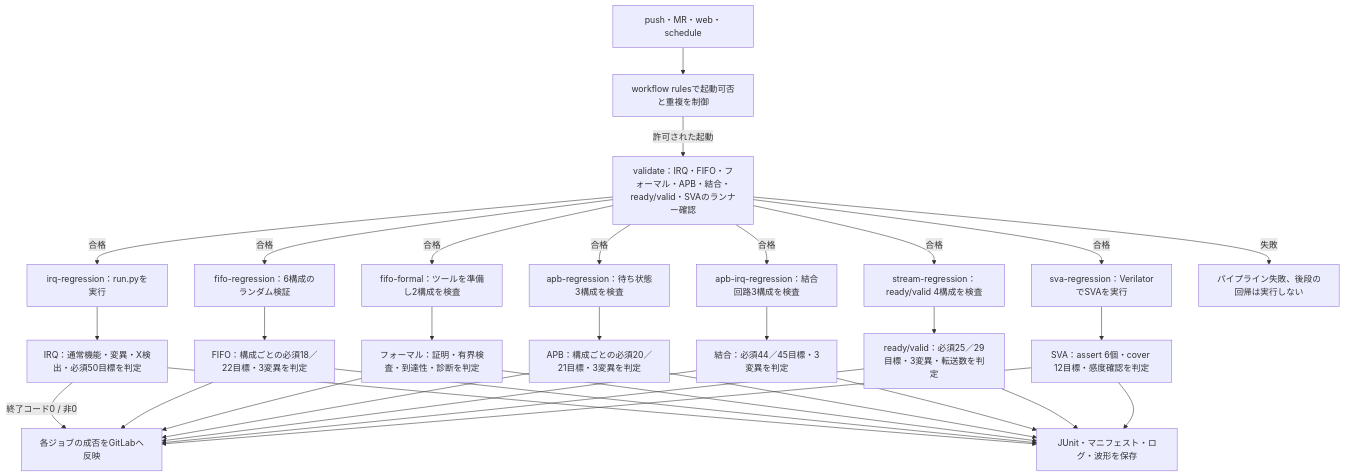
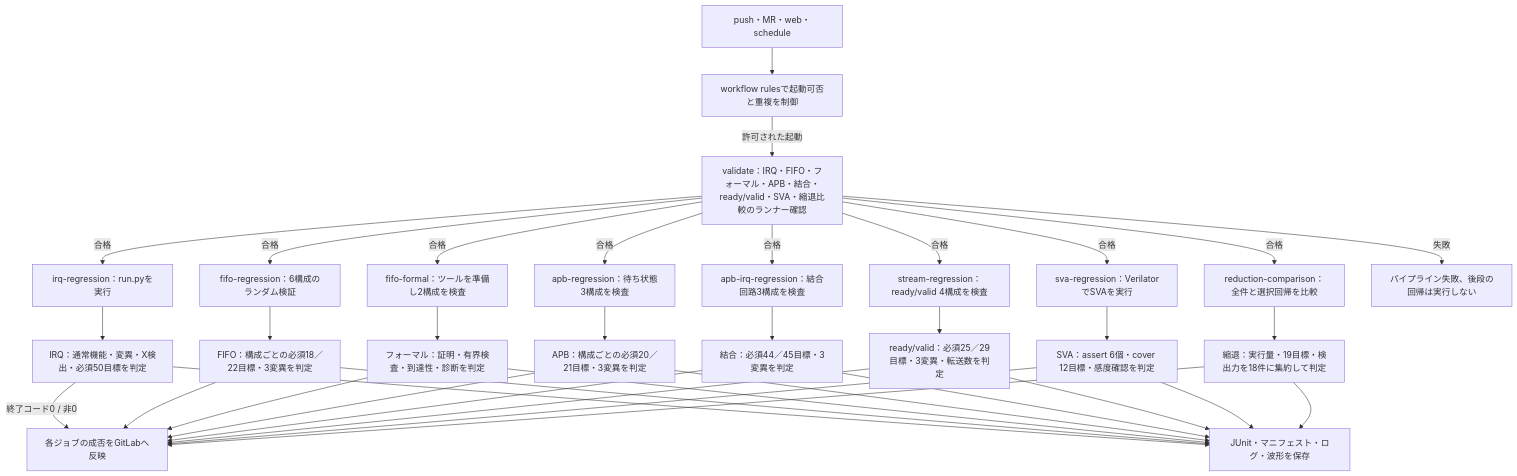
The diagram in examples/gitlab-regression/README.md (kurochan001/lsi-verification-method), drawn with Mermaid before and after one commit. The commit also changed other lines of this file and 15 other files, not shown here.

Commit message:
feat: add regression reduction comparison and GitLab CI

````diff
--- a/examples/gitlab-regression/README.md
+++ b/examples/gitlab-regression/README.md
@@ -78,36 +78,40 @@
 ```mermaid
 flowchart TD
-  accTitle: 七つの検証例を実行するGitLabパイプライン
-  accDescr: workflowが許可した起動で七種類のランナー確認を行い、成功後にIRQ、FIFO六構成、フォーマル二構成、APB三構成とAPB・割込み結合三構成、ready/valid四構成、SVA一構成を実行して結果と証跡を保存する。
+  accTitle: 八つの検証例を実行するGitLabパイプライン
+  accDescr: workflowが許可した起動で八種類のランナー確認を行い、成功後にIRQ、FIFO六構成、フォーマル二構成、APB三構成とAPB・割込み結合三構成、ready/valid四構成、SVA一構成と縮退比較を実行して結果と証跡を保存する。
   T["push・MR・web・schedule"] --> W["workflow rulesで起動可否と重複を制御"]
-  W -- "許可された起動" --> V["validate：IRQ・FIFO・フォーマル・APB・結合・ready/valid・SVAのランナー確認"]
+  W -- "許可された起動" --> V["validate：IRQ・FIFO・フォーマル・APB・結合・ready/valid・SVA・縮退比較のランナー確認"]
   V -- "合格" --> R["irq-regression：run.pyを実行"]
   V -- "合格" --> Q["fifo-regression：6構成のランダム検証"]
   V -- "合格" --> M["fifo-formal：ツールを準備し2構成を検査"]
   V -- "合格" --> B["apb-regression：待ち状態3構成を検査"]
   V -- "合格" --> BI["apb-irq-regression：結合回路3構成を検査"]
   V -- "合格" --> S["stream-regression：ready/valid 4構成を検査"]
   V -- "合格" --> SV["sva-regression：VerilatorでSVAを実行"]
+  V -- "合格" --> RD["reduction-comparison：全件と選択回帰を比較"]
   V -- "失敗" --> F["パイプライン失敗、後段の回帰は実行しない"]
   R --> G["IRQ：通常機能・変異・X検出・必須50目標を判定"]
   Q --> GQ["FIFO：構成ごとの必須18／22目標・3変異を判定"]
   M --> GM["フォーマル：証明・有界検査・到達性・診断を判定"]
   B --> GB["APB：構成ごとの必須20／21目標・3変異を判定"]
   BI --> GBI["結合：必須44／45目標・3変異を判定"]
   S --> GS["ready/valid：必須25／29目標・3変異・転送数を判定"]
   SV --> GSV["SVA：assert 6個・cover 12目標・感度確認を判定"]
+  RD --> GRD["縮退：実行量・19目標・検出力を18件に集約して判定"]
   G -- "終了コード0 / 非0" --> J["各ジョブの成否をGitLabへ反映"]
   GQ --> J
   GM --> J
   GB --> J
   GBI --> J
   GS --> J
   GSV --> J
+  GRD --> J
   G --> A["JUnit・マニフェスト・ログ・波形を保存"]
   GQ --> A
   GM --> A
   GB --> A
   GBI --> A
   GS --> A
   GSV --> A
+  GRD --> A
 ```
````
